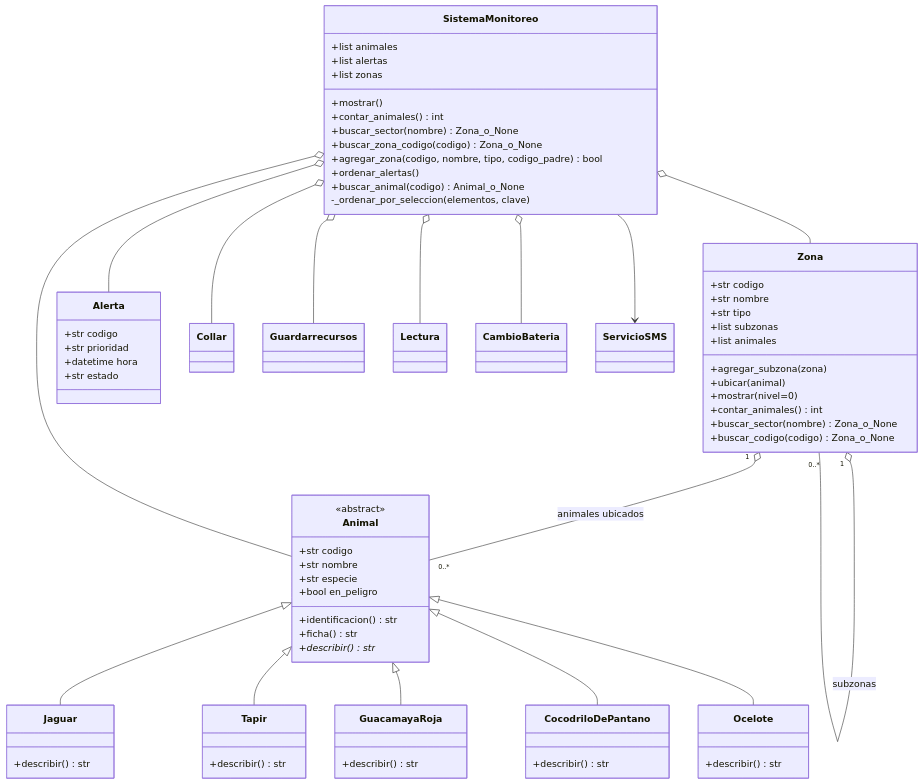
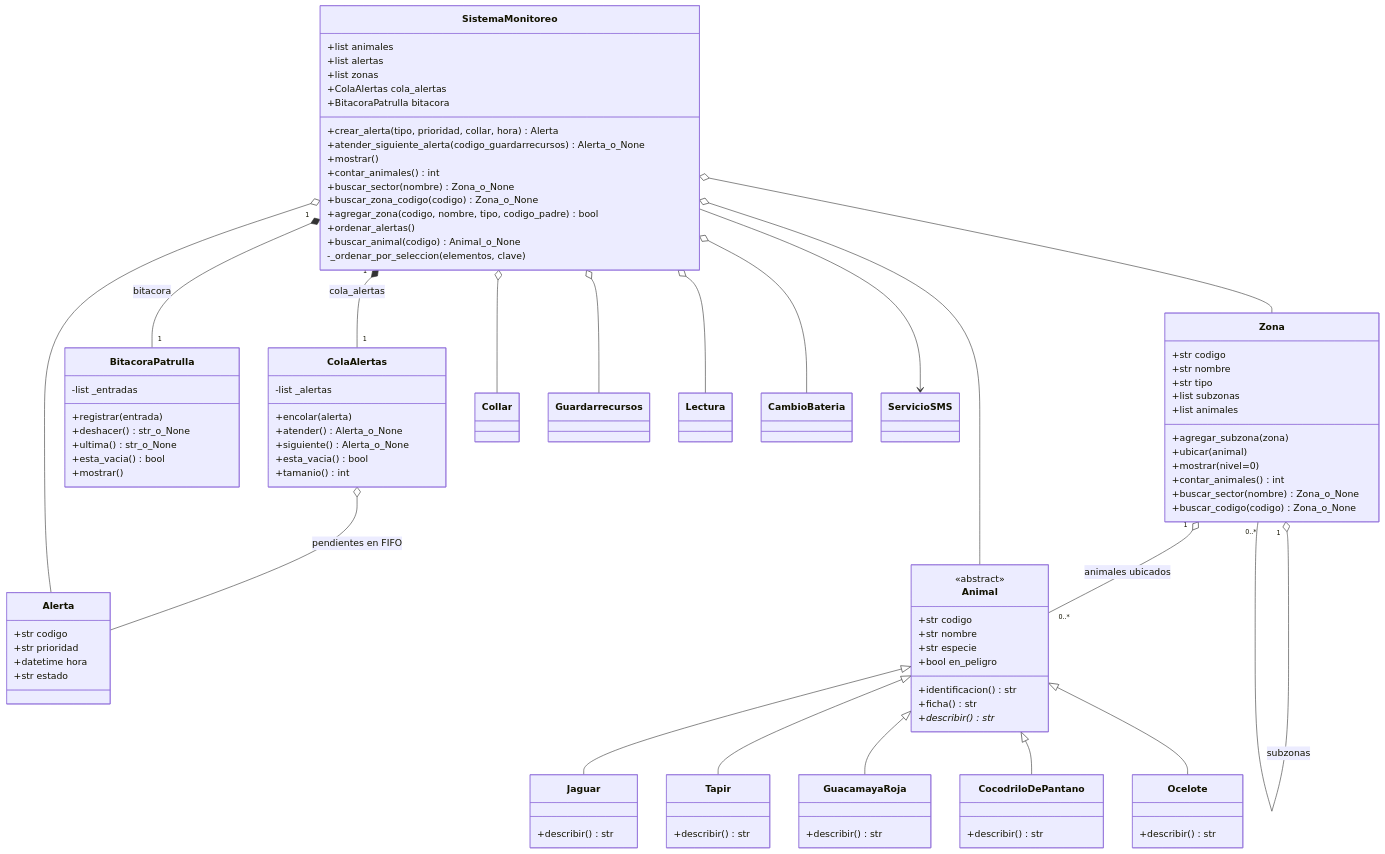
The diagram in docs/diagrama_clases.mmd (nando98fr-creator/guardianes-del-peten), drawn with Mermaid before and after one commit. The commit also changed 4 other files, not shown here.

Commit message:
Entrega 6: cola FIFO de alertas y bitácora LIFO

```diff
--- a/docs/diagrama_clases.mmd
+++ b/docs/diagrama_clases.mmd
@@ -1,73 +1,96 @@
 classDiagram
     class SistemaMonitoreo {
         +list animales
         +list alertas
         +list zonas
+        +ColaAlertas cola_alertas
+        +BitacoraPatrulla bitacora
+        +crear_alerta(tipo, prioridad, collar, hora) Alerta
+        +atender_siguiente_alerta(codigo_guardarrecursos) Alerta_o_None
         +mostrar()
         +contar_animales() int
         +buscar_sector(nombre) Zona_o_None
         +buscar_zona_codigo(codigo) Zona_o_None
         +agregar_zona(codigo, nombre, tipo, codigo_padre) bool
         +ordenar_alertas()
         +buscar_animal(codigo) Animal_o_None
         -_ordenar_por_seleccion(elementos, clave)
     }
+    class ColaAlertas {
+        -list _alertas
+        +encolar(alerta)
+        +atender() Alerta_o_None
+        +siguiente() Alerta_o_None
+        +esta_vacia() bool
+        +tamanio() int
+    }
+    class BitacoraPatrulla {
+        -list _entradas
+        +registrar(entrada)
+        +deshacer() str_o_None
+        +ultima() str_o_None
+        +esta_vacia() bool
+        +mostrar()
+    }
+    SistemaMonitoreo "1" *-- "1" ColaAlertas : cola_alertas
+    SistemaMonitoreo "1" *-- "1" BitacoraPatrulla : bitacora
+    ColaAlertas o-- Alerta : pendientes en FIFO
     class Zona {
         +str codigo
         +str nombre
         +str tipo
         +list subzonas
         +list animales
         +agregar_subzona(zona)
         +ubicar(animal)
         +mostrar(nivel=0)
         +contar_animales() int
         +buscar_sector(nombre) Zona_o_None
         +buscar_codigo(codigo) Zona_o_None
     }
     Zona "1" o-- "0..*" Zona : subzonas
     Zona "1" o-- "0..*" Animal : animales ubicados
     class Animal {
         +str codigo
         +str nombre
         +str especie
         +bool en_peligro
         +identificacion() str
         +ficha() str
         +describir()* str
     }
     <<abstract>> Animal
     class Jaguar {
         +describir() str
     }
     class Tapir {
         +describir() str
     }
     class GuacamayaRoja {
         +describir() str
     }
     class CocodriloDePantano {
         +describir() str
     }
     class Ocelote {
         +describir() str
     }
     Animal <|-- Jaguar
     Animal <|-- Tapir
     Animal <|-- GuacamayaRoja
     Animal <|-- CocodriloDePantano
     Animal <|-- Ocelote
     class Alerta {
         +str codigo
         +str prioridad
         +datetime hora
         +str estado
     }
     SistemaMonitoreo o-- Animal
     SistemaMonitoreo o-- Alerta
     SistemaMonitoreo o-- Collar
     SistemaMonitoreo o-- Zona
     SistemaMonitoreo o-- Guardarrecursos
     SistemaMonitoreo o-- Lectura
     SistemaMonitoreo o-- CambioBateria
     SistemaMonitoreo --> ServicioSMS
```
